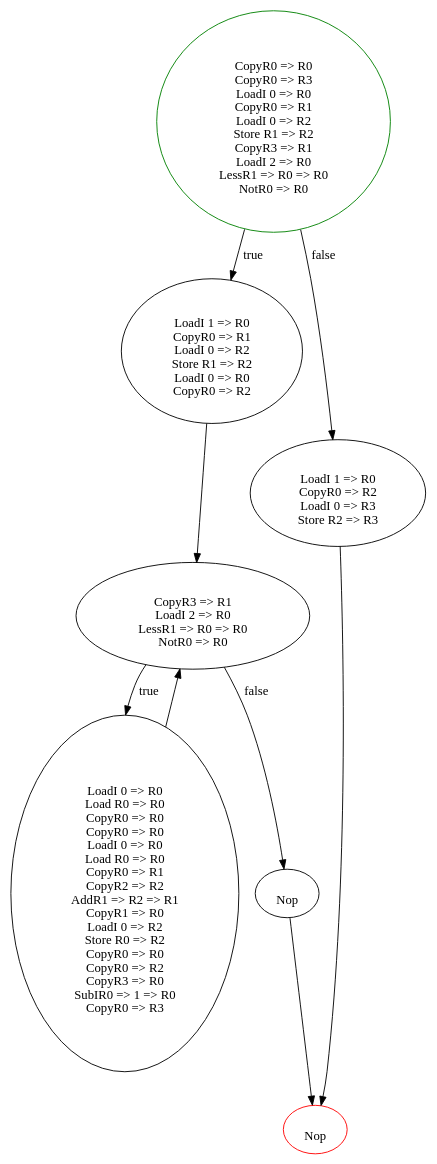
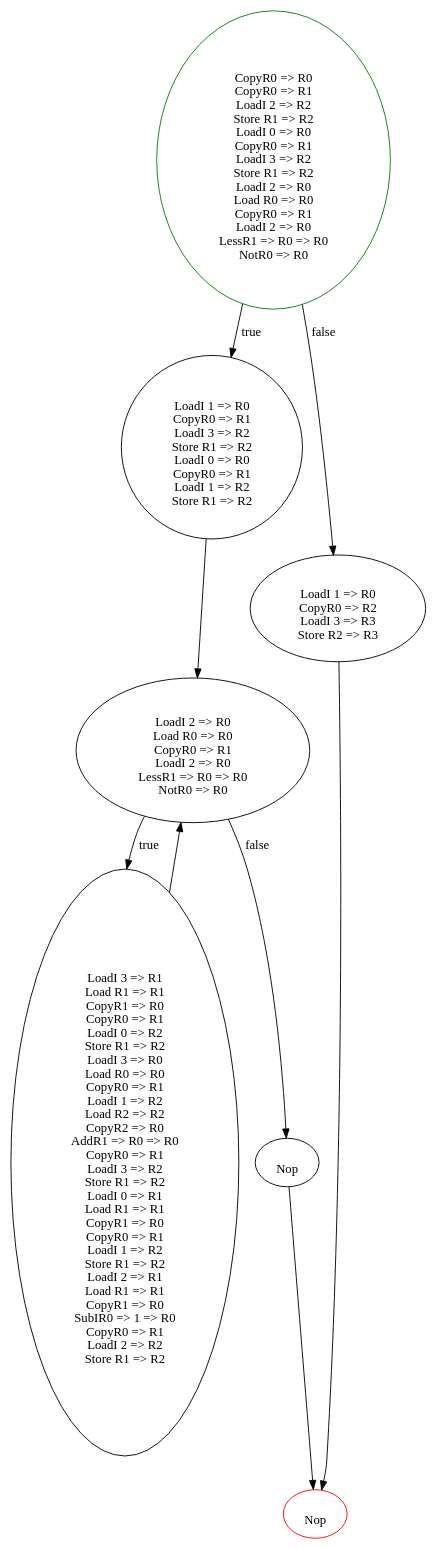
The diagram in project/PF5/cfg/dot/fibonacci-merged.dot (wuacs/unipi-lci), drawn with Graphviz before and after one commit. The commit also changed 8 other files, not shown here.

```diff
--- a/project/PF5/cfg/dot/fibonacci-merged.dot
+++ b/project/PF5/cfg/dot/fibonacci-merged.dot
@@ -1,19 +1,19 @@
 digraph G {
   // Entry node
   0 [shape=ellipse, color=green];
   // Exit node
   6 [shape=ellipse, color=red];
-  0 [label=" \n CopyR0 => R0 \n CopyR0 => R3 \n LoadI 0 => R0 \n CopyR0 => R1 \n LoadI 0 => R2 \n Store R1 => R2 \n CopyR3 => R1 \n LoadI 2 => R0 \n LessR1 => R0 => R0 \n NotR0 => R0"];
-  1 [label=" \n LoadI 1 => R0 \n CopyR0 => R1 \n LoadI 0 => R2 \n Store R1 => R2 \n LoadI 0 => R0 \n CopyR0 => R2"];
-  2 [label=" \n CopyR3 => R1 \n LoadI 2 => R0 \n LessR1 => R0 => R0 \n NotR0 => R0"];
-  3 [label=" \n LoadI 0 => R0 \n Load R0 => R0 \n CopyR0 => R0 \n CopyR0 => R0 \n LoadI 0 => R0 \n Load R0 => R0 \n CopyR0 => R1 \n CopyR2 => R2 \n AddR1 => R2 => R1 \n CopyR1 => R0 \n LoadI 0 => R2 \n Store R0 => R2 \n CopyR0 => R0 \n CopyR0 => R2 \n CopyR3 => R0 \n SubIR0 => 1 => R0 \n CopyR0 => R3"];
+  0 [label=" \n CopyR0 => R0 \n CopyR0 => R1 \n LoadI 2 => R2 \n Store R1 => R2 \n LoadI 0 => R0 \n CopyR0 => R1 \n LoadI 3 => R2 \n Store R1 => R2 \n LoadI 2 => R0 \n Load R0 => R0 \n CopyR0 => R1 \n LoadI 2 => R0 \n LessR1 => R0 => R0 \n NotR0 => R0"];
+  1 [label=" \n LoadI 1 => R0 \n CopyR0 => R1 \n LoadI 3 => R2 \n Store R1 => R2 \n LoadI 0 => R0 \n CopyR0 => R1 \n LoadI 1 => R2 \n Store R1 => R2"];
+  2 [label=" \n LoadI 2 => R0 \n Load R0 => R0 \n CopyR0 => R1 \n LoadI 2 => R0 \n LessR1 => R0 => R0 \n NotR0 => R0"];
+  3 [label=" \n LoadI 3 => R1 \n Load R1 => R1 \n CopyR1 => R0 \n CopyR0 => R1 \n LoadI 0 => R2 \n Store R1 => R2 \n LoadI 3 => R0 \n Load R0 => R0 \n CopyR0 => R1 \n LoadI 1 => R2 \n Load R2 => R2 \n CopyR2 => R0 \n AddR1 => R0 => R0 \n CopyR0 => R1 \n LoadI 3 => R2 \n Store R1 => R2 \n LoadI 0 => R1 \n Load R1 => R1 \n CopyR1 => R0 \n CopyR0 => R1 \n LoadI 1 => R2 \n Store R1 => R2 \n LoadI 2 => R1 \n Load R1 => R1 \n CopyR1 => R0 \n SubIR0 => 1 => R0 \n CopyR0 => R1 \n LoadI 2 => R2 \n Store R1 => R2"];
   4 [label=" \n Nop"];
-  5 [label=" \n LoadI 1 => R0 \n CopyR0 => R2 \n LoadI 0 => R3 \n Store R2 => R3"];
+  5 [label=" \n LoadI 1 => R0 \n CopyR0 => R2 \n LoadI 3 => R3 \n Store R2 => R3"];
   6 [label=" \n Nop"];
 0 -> 1 [label="true"];
 0 -> 5 [label="false"];1 -> 2;
 2 -> 3 [label="true"];
 2 -> 4 [label="false"];3 -> 2;
 4 -> 6;
 5 -> 6;
 }
```
